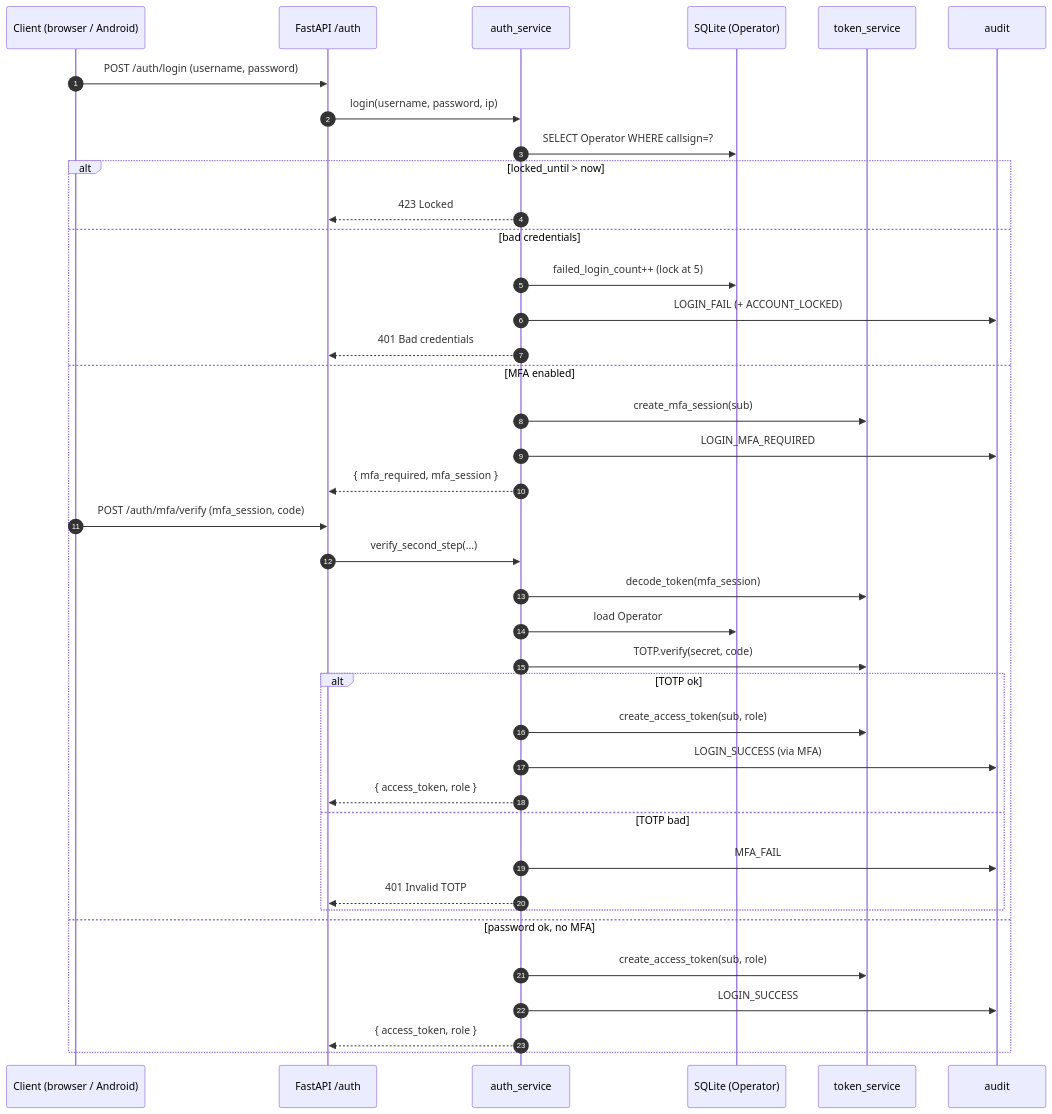
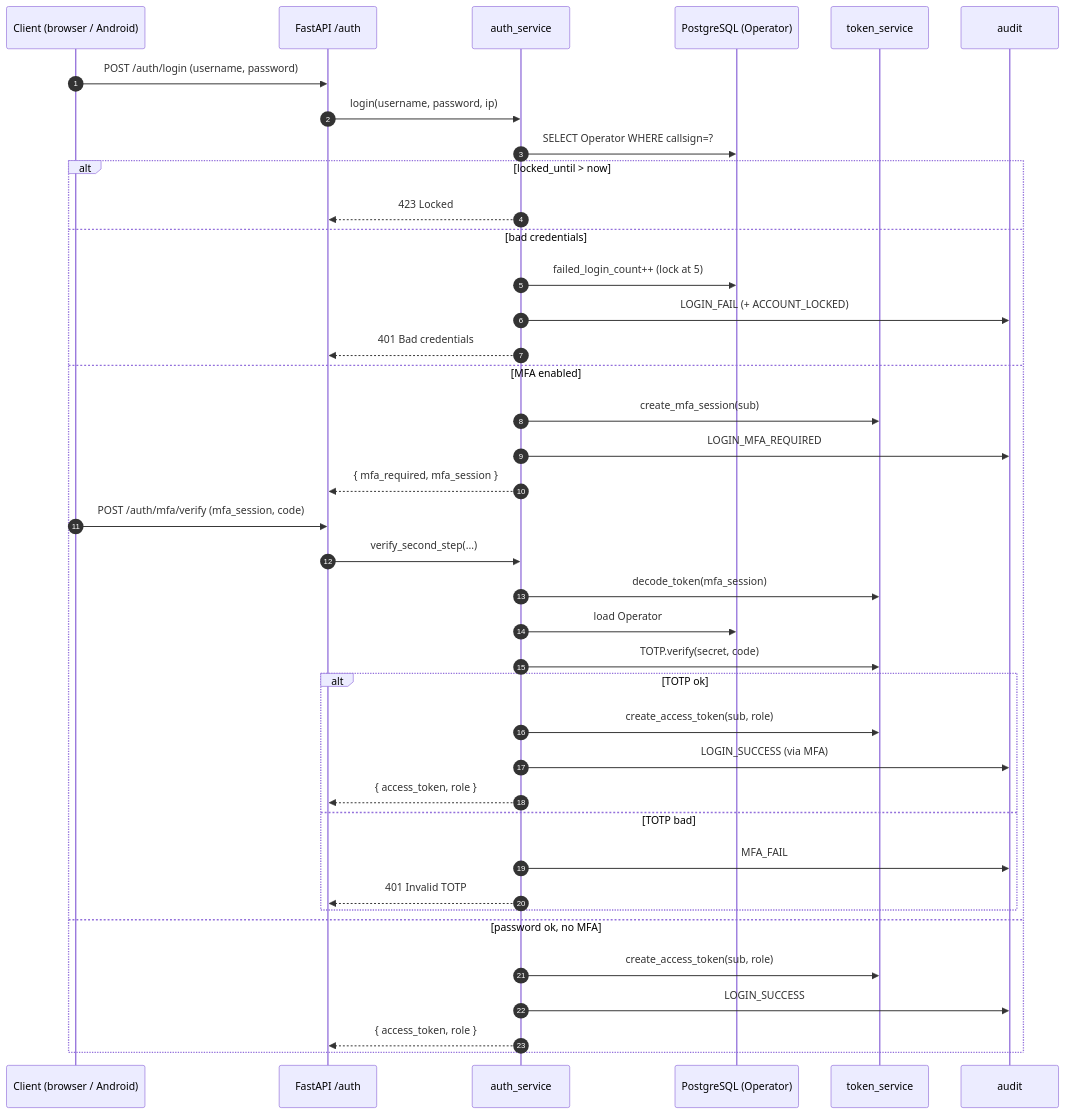
The sixth of 12 diagrams in ARCHITECTURE.md (BenoitGoethals/Arrow), drawn with Mermaid before and after one commit. The commit also changed other lines of this file and 184 other files, not shown here.

````diff
--- a/ARCHITECTURE.md
+++ b/ARCHITECTURE.md
@@ -252,42 +252,42 @@
 ```mermaid
 sequenceDiagram
   autonumber
   participant C as Client (browser / Android)
   participant API as FastAPI /auth
   participant SVC as auth_service
-  participant DB as SQLite (Operator)
+  participant DB as PostgreSQL (Operator)
   participant JWT as token_service
   participant LOG as audit
 
   C->>API: POST /auth/login (username, password)
   API->>SVC: login(username, password, ip)
   SVC->>DB: SELECT Operator WHERE callsign=?
   alt locked_until > now
     SVC-->>API: 423 Locked
   else bad credentials
     SVC->>DB: failed_login_count++  (lock at 5)
     SVC->>LOG: LOGIN_FAIL (+ ACCOUNT_LOCKED)
     SVC-->>API: 401 Bad credentials
   else MFA enabled
     SVC->>JWT: create_mfa_session(sub)
     SVC->>LOG: LOGIN_MFA_REQUIRED
     SVC-->>API: { mfa_required, mfa_session }
     C->>API: POST /auth/mfa/verify (mfa_session, code)
     API->>SVC: verify_second_step(...)
     SVC->>JWT: decode_token(mfa_session)
     SVC->>DB: load Operator
     SVC->>JWT: TOTP.verify(secret, code)
     alt TOTP ok
       SVC->>JWT: create_access_token(sub, role)
       SVC->>LOG: LOGIN_SUCCESS (via MFA)
       SVC-->>API: { access_token, role }
     else TOTP bad
       SVC->>LOG: MFA_FAIL
       SVC-->>API: 401 Invalid TOTP
     end
   else password ok, no MFA
     SVC->>JWT: create_access_token(sub, role)
     SVC->>LOG: LOGIN_SUCCESS
     SVC-->>API: { access_token, role }
   end
 ```
````
